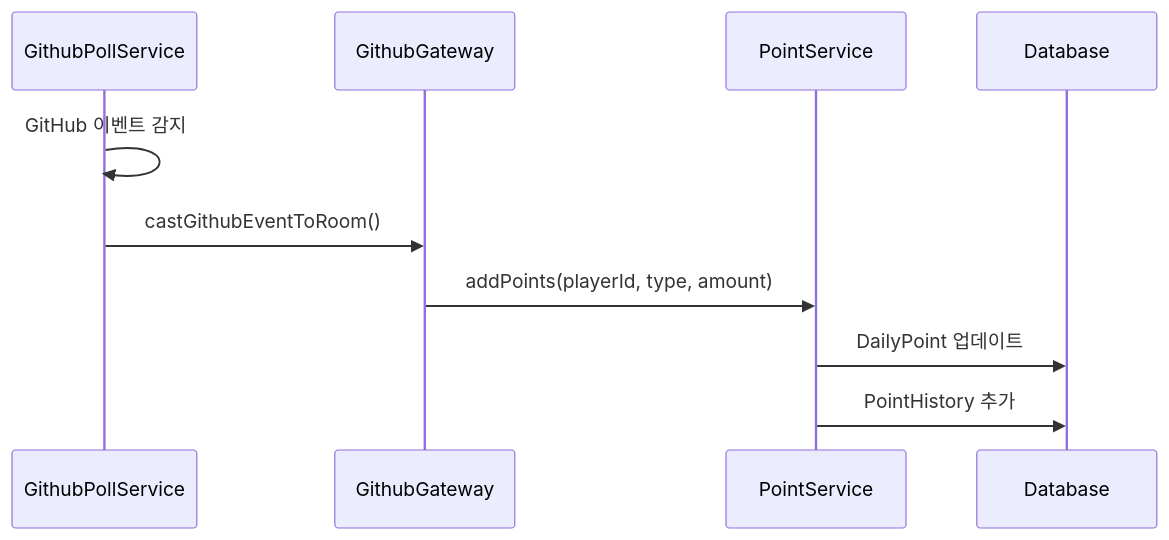
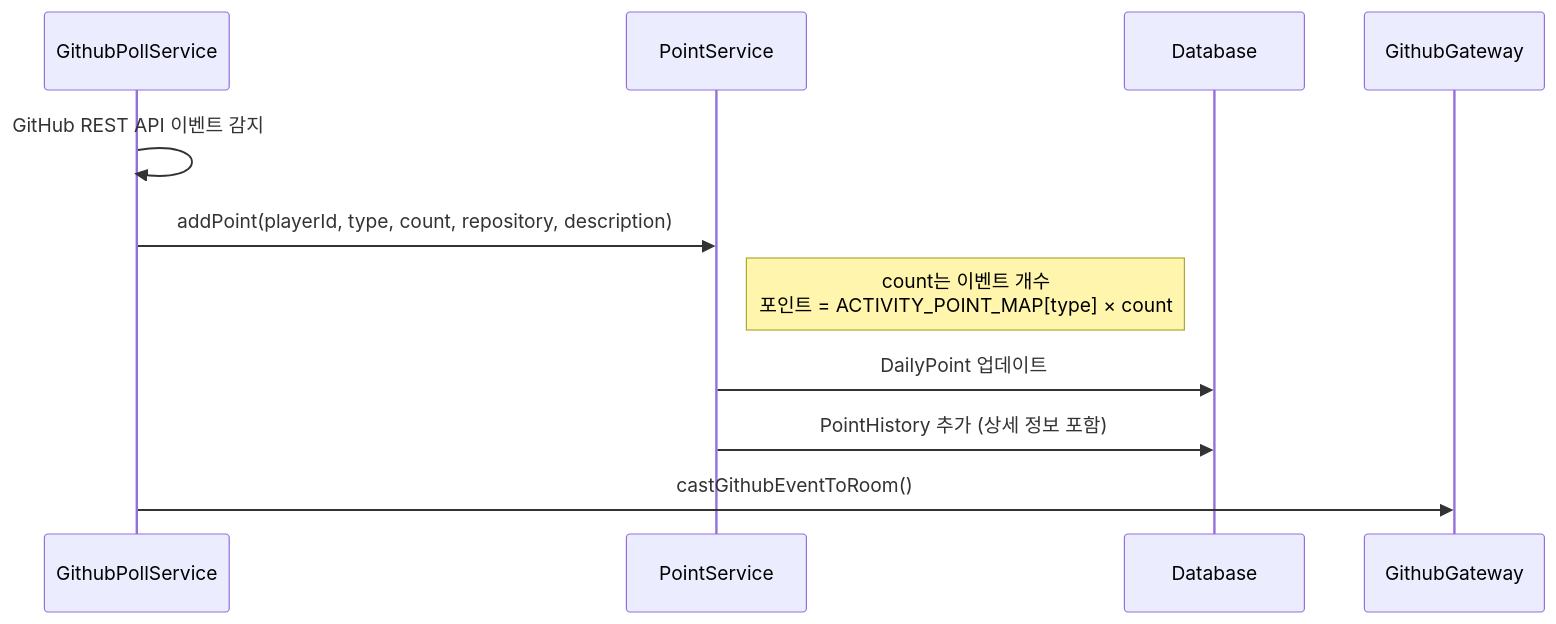
The first of 4 diagrams in docs/features/POINT_SYSTEM.md (boostcampwm2025/web19-estrogenquattro), drawn with Mermaid before and after one commit. The commit also changed other lines of this file and 21 other files, not shown here.

First line of the commit message:
refactor: GitHub 폴링 시스템 GraphQL → REST API 전환 (#255)

````diff
--- a/docs/features/POINT_SYSTEM.md
+++ b/docs/features/POINT_SYSTEM.md
@@ -185,13 +187,14 @@
 ```mermaid
 sequenceDiagram
     participant Poll as GithubPollService
-    participant GW as GithubGateway
     participant PS as PointService
     participant DB as Database
+    participant GW as GithubGateway
 
-    Poll->>Poll: GitHub 이벤트 감지
+    Poll->>Poll: GitHub REST API 이벤트 감지
+    Poll->>PS: addPoint(playerId, type, count, repository, description)
+    Note right of PS: count는 이벤트 개수<br/>포인트 = ACTIVITY_POINT_MAP[type] × count
+    PS->>DB: DailyPoint 업데이트
+    PS->>DB: PointHistory 추가 (상세 정보 포함)
     Poll->>GW: castGithubEventToRoom()
-    GW->>PS: addPoints(playerId, type, amount)
-    PS->>DB: DailyPoint 업데이트
-    PS->>DB: PointHistory 추가
 ```
````
